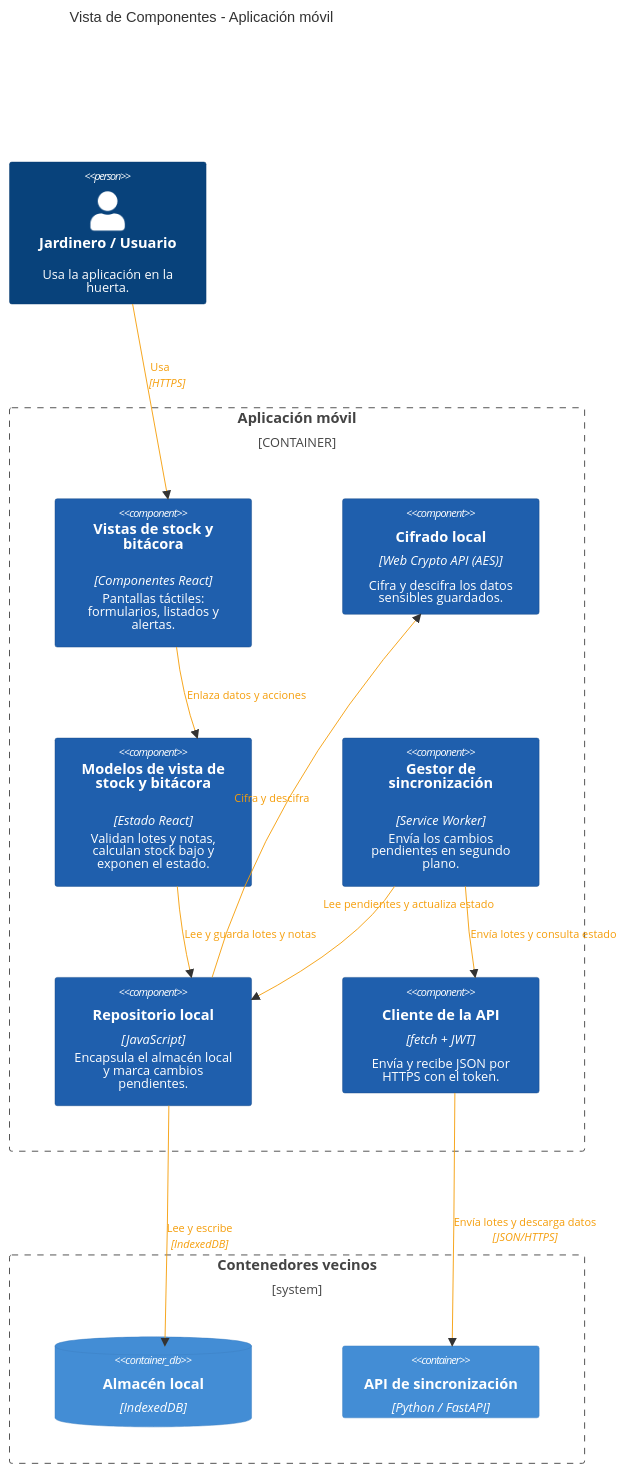
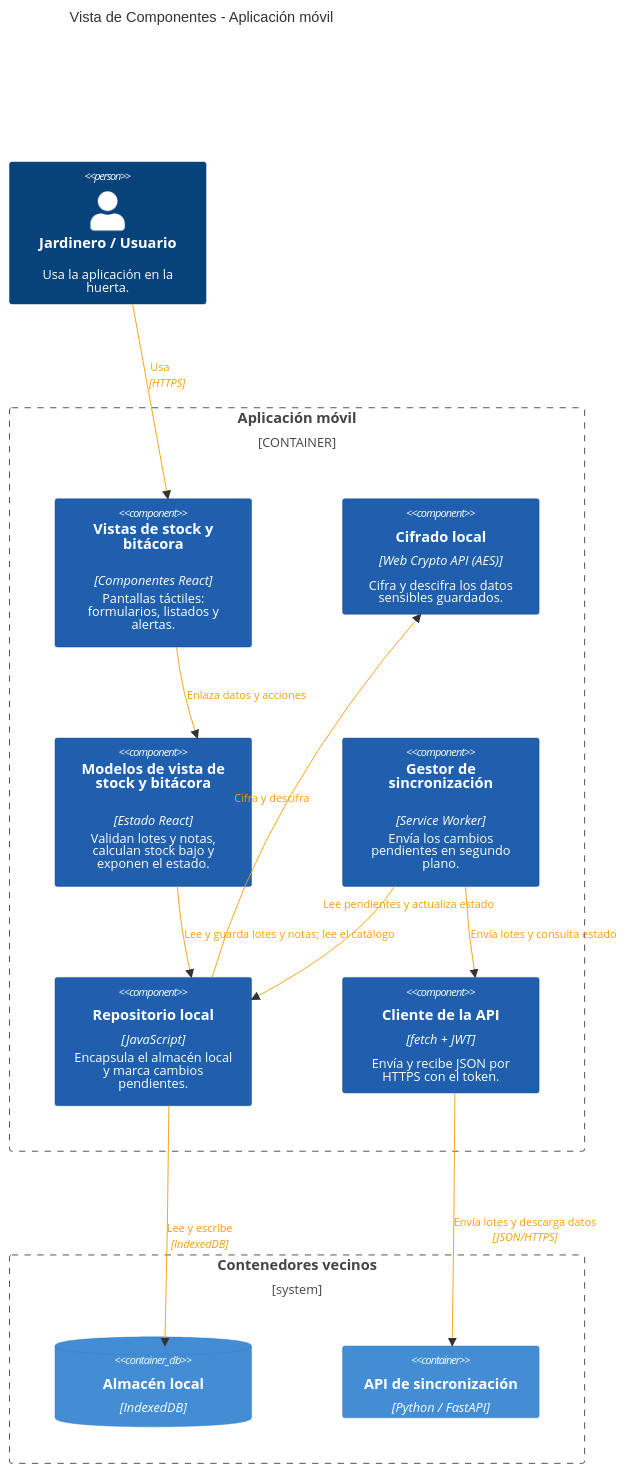
One commit to Camila20197/Asistente-Jardiner-a-Inegenieria-Software-2026 changed the third of 6 diagrams in docs/architecture/arquitectura.md. Above: the diagram before and after it, drawn with Mermaid. The commit also changed other lines of this file and 1 other file, not shown here.

Commit message:
TP4, paso 4: diagramas de secuencia y responsabilidades

````diff
--- a/docs/architecture/arquitectura.md
+++ b/docs/architecture/arquitectura.md
@@ -218,46 +218,46 @@
 ```mermaid
 %%{init: {"wrap": true}}%%
 C4Component
     title Vista de Componentes - Aplicación móvil
 
     Person(jardinero, "Jardinero / Usuario", "Usa la aplicación en la huerta.")
 
     Container_Boundary(appBoundary, "Aplicación móvil") {
         Component(vistas, "Vistas de stock y bitácora", "Componentes React", "Pantallas táctiles: formularios, listados y alertas.")
         Component(cifrado, "Cifrado local", "Web Crypto API (AES)", "Cifra y descifra los datos sensibles guardados.")
         Component(modelosVista, "Modelos de vista de stock y bitácora", "Estado React", "Validan lotes y notas, calculan stock bajo y exponen el estado.")
         Component(gestorSync, "Gestor de sincronización", "Service Worker", "Envía los cambios pendientes en segundo plano.")
         Component(repoLocal, "Repositorio local", "JavaScript", "Encapsula el almacén local y marca cambios pendientes.")
         Component(clienteApi, "Cliente de la API", "fetch + JWT", "Envía y recibe JSON por HTTPS con el token.")
     }
 
     Boundary(vecinos, "Contenedores vecinos") {
         ContainerDb(dbLocal, "Almacén local", "IndexedDB")
         Container(api, "API de sincronización", "Python / FastAPI")
     }
 
     Rel(jardinero, vistas, "Usa", "HTTPS")
     Rel(vistas, modelosVista, "Enlaza datos y acciones")
-    Rel(modelosVista, repoLocal, "Lee y guarda lotes y notas")
+    Rel(modelosVista, repoLocal, "Lee y guarda lotes y notas; lee el catálogo")
     Rel(repoLocal, cifrado, "Cifra y descifra")
     Rel(repoLocal, dbLocal, "Lee y escribe", "IndexedDB")
     Rel(gestorSync, repoLocal, "Lee pendientes y actualiza estado")
     Rel(gestorSync, clienteApi, "Envía lotes y consulta estado")
     Rel(clienteApi, api, "Envía lotes y descarga datos", "JSON/HTTPS")
 
     UpdateRelStyle(jardinero, vistas, $textColor="#F59E0B", $lineColor="#F59E0B", $offsetY="-40")
     UpdateRelStyle(vistas, modelosVista, $textColor="#F59E0B", $lineColor="#F59E0B")
     UpdateRelStyle(modelosVista, repoLocal, $textColor="#F59E0B", $lineColor="#F59E0B")
     UpdateRelStyle(repoLocal, cifrado, $textColor="#F59E0B", $lineColor="#F59E0B", $offsetX="-90")
     UpdateRelStyle(repoLocal, dbLocal, $textColor="#F59E0B", $lineColor="#F59E0B")
     UpdateRelStyle(gestorSync, repoLocal, $textColor="#F59E0B", $lineColor="#F59E0B", $offsetY="-45")
     UpdateRelStyle(gestorSync, clienteApi, $textColor="#F59E0B", $lineColor="#F59E0B")
     UpdateRelStyle(clienteApi, api, $textColor="#F59E0B", $lineColor="#F59E0B")
     UpdateElementStyle(vistas, $bgColor="#1F5FAD", $borderColor="#174A87")
     UpdateElementStyle(cifrado, $bgColor="#1F5FAD", $borderColor="#174A87")
     UpdateElementStyle(modelosVista, $bgColor="#1F5FAD", $borderColor="#174A87")
     UpdateElementStyle(gestorSync, $bgColor="#1F5FAD", $borderColor="#174A87")
     UpdateElementStyle(repoLocal, $bgColor="#1F5FAD", $borderColor="#174A87")
     UpdateElementStyle(clienteApi, $bgColor="#1F5FAD", $borderColor="#174A87")
     UpdateLayoutConfig($c4ShapeInRow="2", $c4BoundaryInRow="1")
 ```
````
